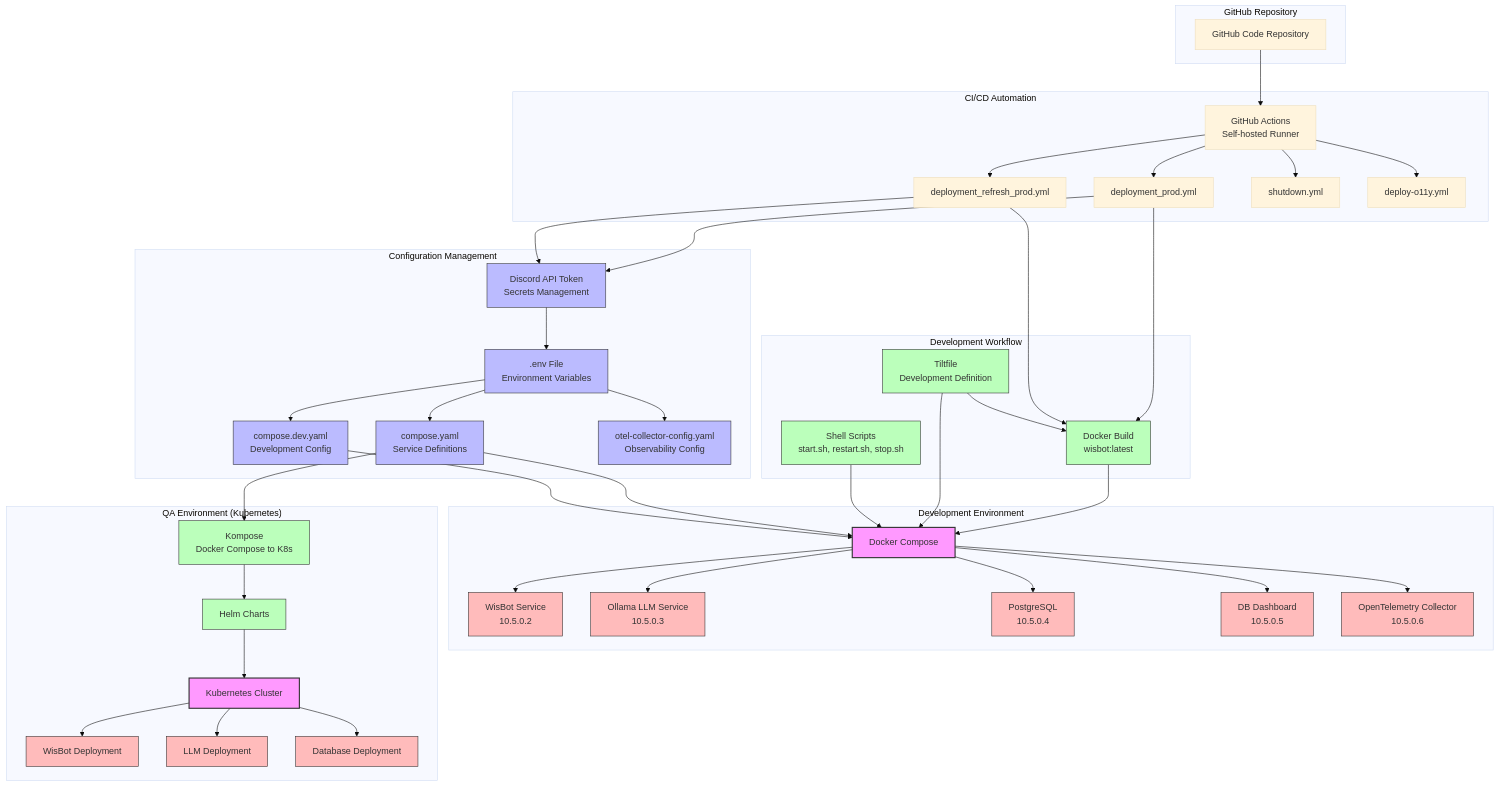
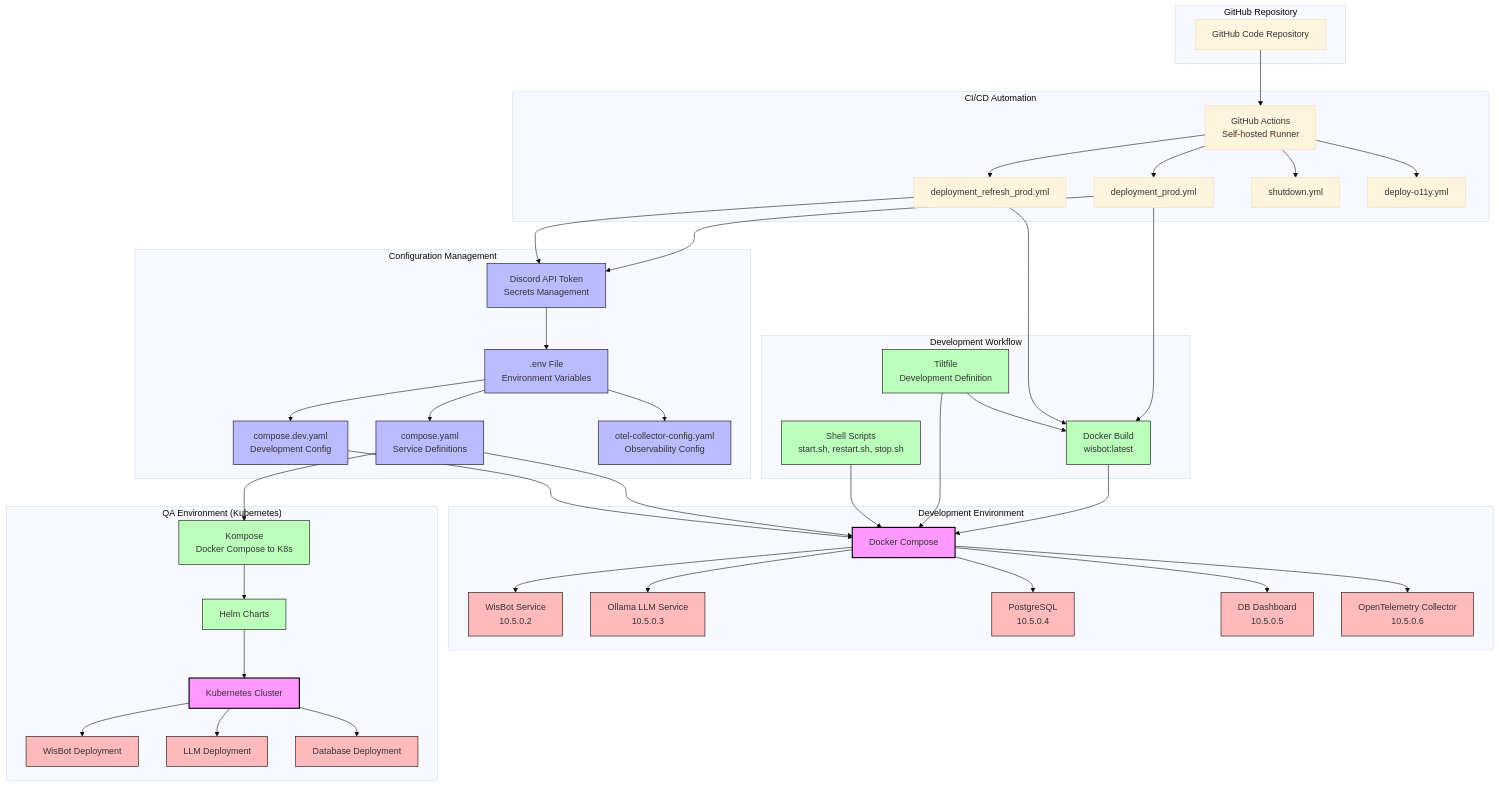
The diagram in diagrams/deployment-workflow.mermaid (uhstray-io/WisBot), drawn with Mermaid (base theme) before and after one commit.

Commit message:
updated wisbot devsecops text colors

````diff
--- a/diagrams/deployment-workflow.mermaid
+++ b/diagrams/deployment-workflow.mermaid
@@ -1,3 +1,4 @@
+```mermaid
 flowchart TB
     subgraph "GitHub Repository"
         GH["GitHub Code Repository"]
@@ -70,12 +71,13 @@
     
     K8S --> K8S_WISBOT & K8S_LLM & K8S_DB
     
-    classDef environment fill:#f9f,stroke:#333,stroke-width:2px;
-    classDef config fill:#bbf,stroke:#333,stroke-width:1px;
-    classDef tool fill:#bfb,stroke:#333,stroke-width:1px;
-    classDef service fill:#fbb,stroke:#333,stroke-width:1px;
+    classDef environment fill:#f9f,stroke:#000,stroke-width:2px;
+    classDef config fill:#bbf,stroke:#000,stroke-width:1px;
+    classDef tool fill:#bfb,stroke:#000,stroke-width:1px;
+    classDef service fill:#fbb,stroke:#000,stroke-width:1px;
     
     class DC,K8S environment;
     class ENV,COMPOSE,DEV_COMPOSE,OTEL,SECRETS config;
     class TILT,BUILD,SCRIPTS,KOMPOSE,HELM tool;
     class WISBOT,LLM,DB,ADMINER,OTEL_SVC,K8S_WISBOT,K8S_LLM,K8S_DB service;
+```
````
